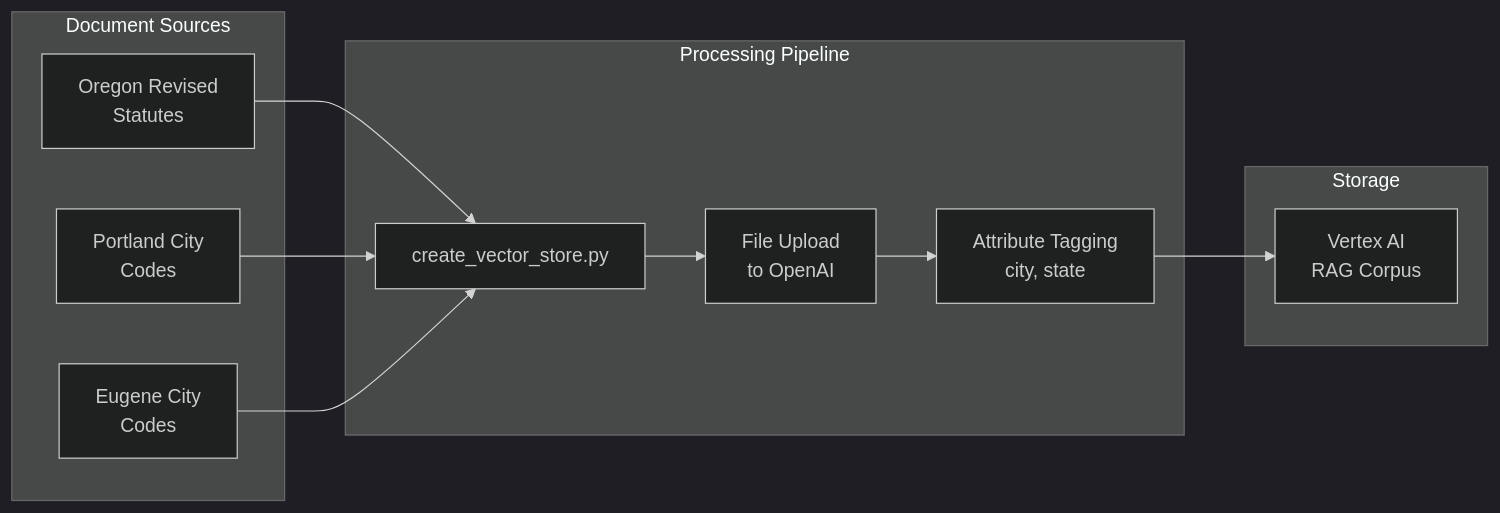
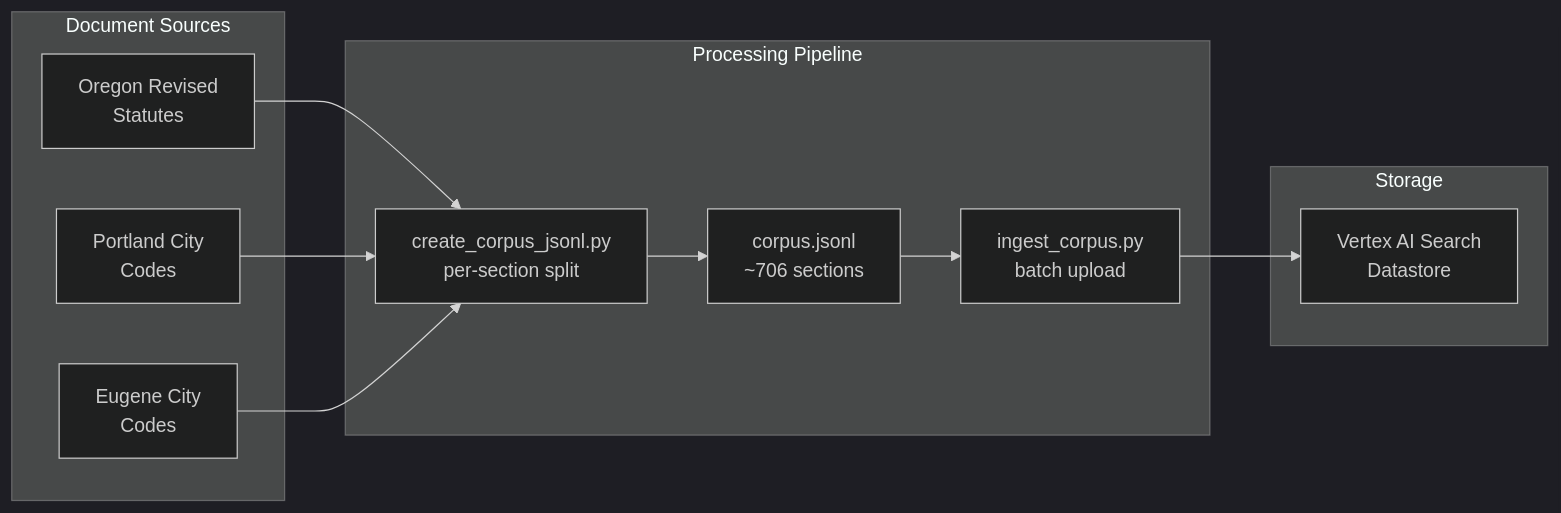
The second of 9 diagrams in Architecture.md (codeforpdx/tenantfirstaid), drawn with Mermaid (dark theme) before and after one commit. The commit also changed other lines of this file and 6 other files, not shown here.

Commit message:
Updates datastore for VertexAI; Adjust retrieval tool functionality; Included new unit tests for retrieval tool; Created two utility functions to help generate reference data for the datastore

````diff
--- a/Architecture.md
+++ b/Architecture.md
@@ -117,25 +122,25 @@
 ```mermaid
 graph LR
     subgraph "Document Sources"
         ORS[Oregon Revised<br/>Statutes]
         Portland[Portland City<br/>Codes]
         Eugene[Eugene City<br/>Codes]
     end
 
     subgraph "Processing Pipeline"
-        Script[create_vector_store.py]
-        Upload[File Upload<br/>to OpenAI]
-        Metadata[Attribute Tagging<br/>city, state]
+        Split[create_corpus_jsonl.py<br/>per-section split]
+        JSONL[corpus.jsonl<br/>~706 sections]
+        Ingest[ingest_corpus.py<br/>batch upload]
     end
 
     subgraph "Storage"
-        VectorStore[Vertex AI<br/>RAG Corpus]
+        VectorStore[Vertex AI Search<br/>Datastore]
     end
 
-    ORS --> Script
-    Portland --> Script
-    Eugene --> Script
-    Script --> Upload
-    Upload --> Metadata
-    Metadata --> VectorStore
+    ORS --> Split
+    Portland --> Split
+    Eugene --> Split
+    Split --> JSONL
+    JSONL --> Ingest
+    Ingest --> VectorStore
 ```
````
